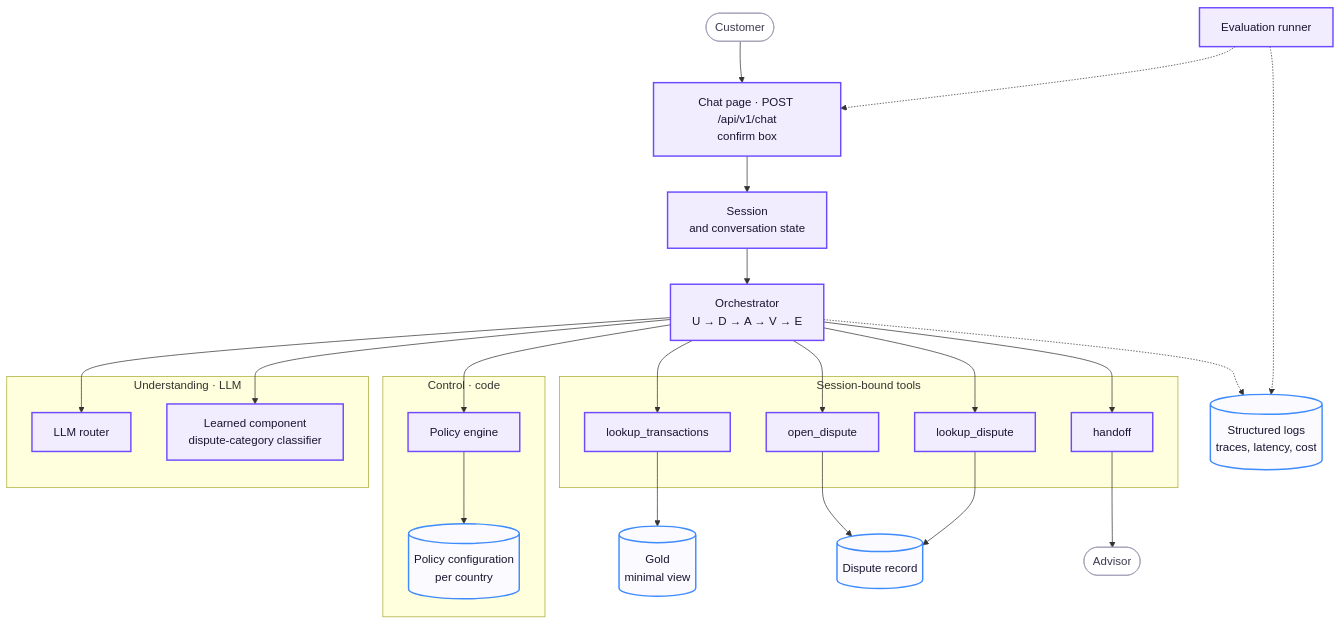
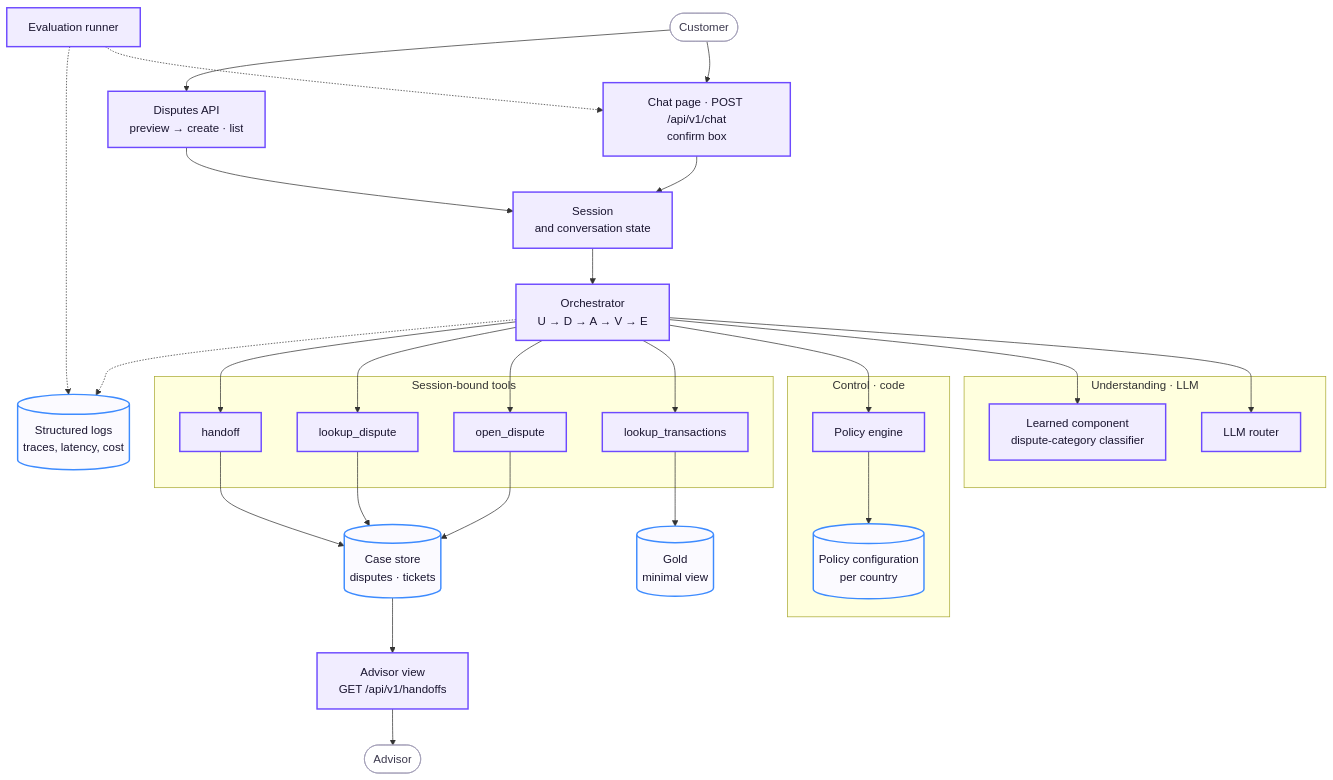
Before and after one commit to rdorta27/factored-hackathon-2026-sentinel-engine: the second of 5 diagrams in docs/architecture/system-architecture.md, drawn with Mermaid. The commit also changed other lines of this file and 8 other files, not shown here.

First line of the commit message:
docs: refresh requirement status, architecture, readme and team tasks

````diff
--- a/docs/architecture/system-architecture.md
+++ b/docs/architecture/system-architecture.md
@@ -46,39 +46,43 @@
 ```mermaid
 flowchart TB
     client(["Customer"]) --> chat["Chat page · POST /api/v1/chat<br/>confirm box"]
+    client --> dapi["Disputes API<br/>preview → create · list"]
     chat --> session["Session<br/>and conversation state"]
+    dapi --> session
     session --> orch["Orchestrator<br/>U → D → A → V → E"]
 
     subgraph understand["Understanding · LLM"]
         router["LLM router"]
         learned["Learned component<br/>dispute-category classifier"]
     end
     subgraph control["Control · code"]
         policy["Policy engine"]
         config[("Policy configuration<br/>per country")]
         policy --> config
     end
     subgraph toolset["Session-bound tools"]
         lookup["lookup_transactions"]
         open["open_dispute"]
         verify["lookup_dispute"]
         handoff["handoff"]
     end
 
     orch --> router & learned & policy
     orch --> lookup & open & verify & handoff
     lookup --> gold[("Gold<br/>minimal view")]
-    open --> disputes[("Dispute record")]
+    open --> disputes[("Case store<br/>disputes · tickets")]
     verify --> disputes
-    handoff --> advisor(["Advisor"])
+    handoff --> disputes
+    disputes --> aview["Advisor view<br/>GET /api/v1/handoffs"]
+    aview --> advisor(["Advisor"])
     orch -.-> logs[("Structured logs<br/>traces, latency, cost")]
     evalr["Evaluation runner"] -.-> chat
     evalr -.-> logs
 
     classDef comp fill:#f1edff,stroke:#6d4aff,stroke-width:2px,color:#1a1530
     classDef store fill:#fbfaff,stroke:#3d8bff,stroke-width:2px,color:#1a1530
     classDef ext fill:#ffffff,stroke:#a09cb5,stroke-width:1px,color:#3d3a4f
-    class chat,session,orch,router,learned,policy,lookup,open,verify,handoff,evalr comp
+    class chat,dapi,session,orch,router,learned,policy,lookup,open,verify,handoff,aview,evalr comp
     class config,gold,disputes,logs store
     class client,advisor ext
 ```
````
